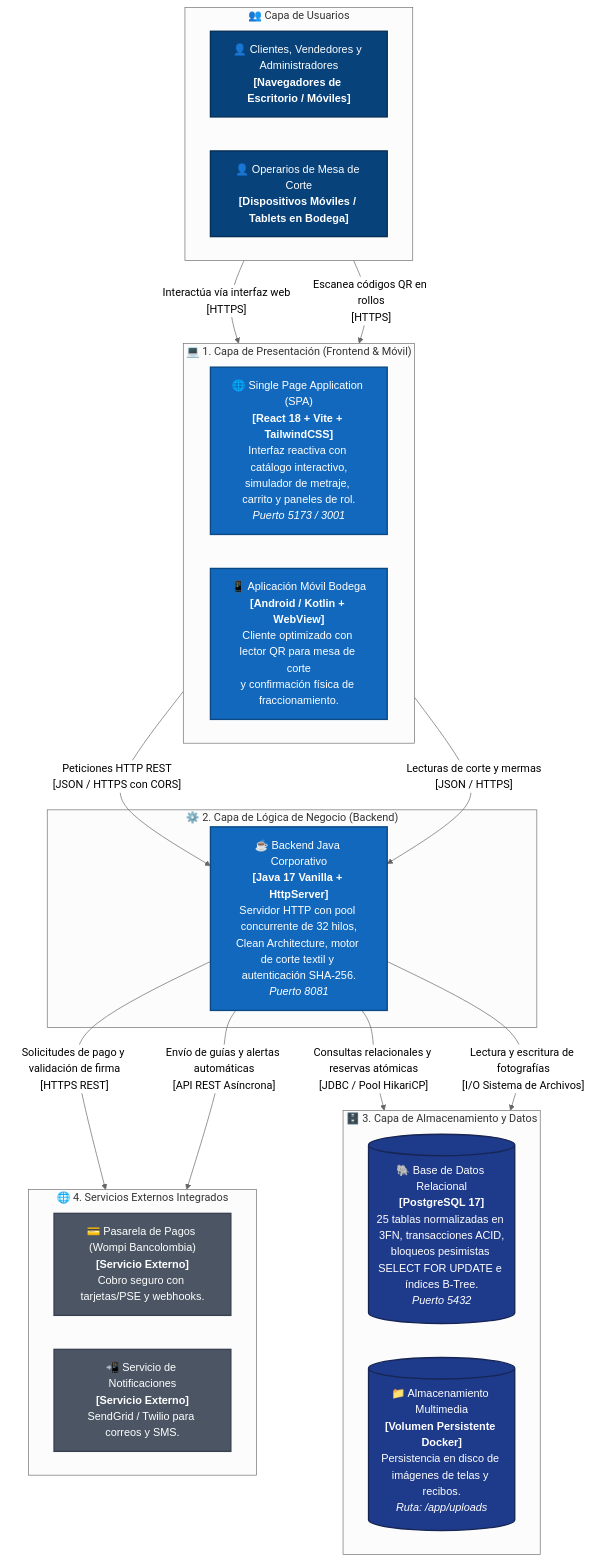
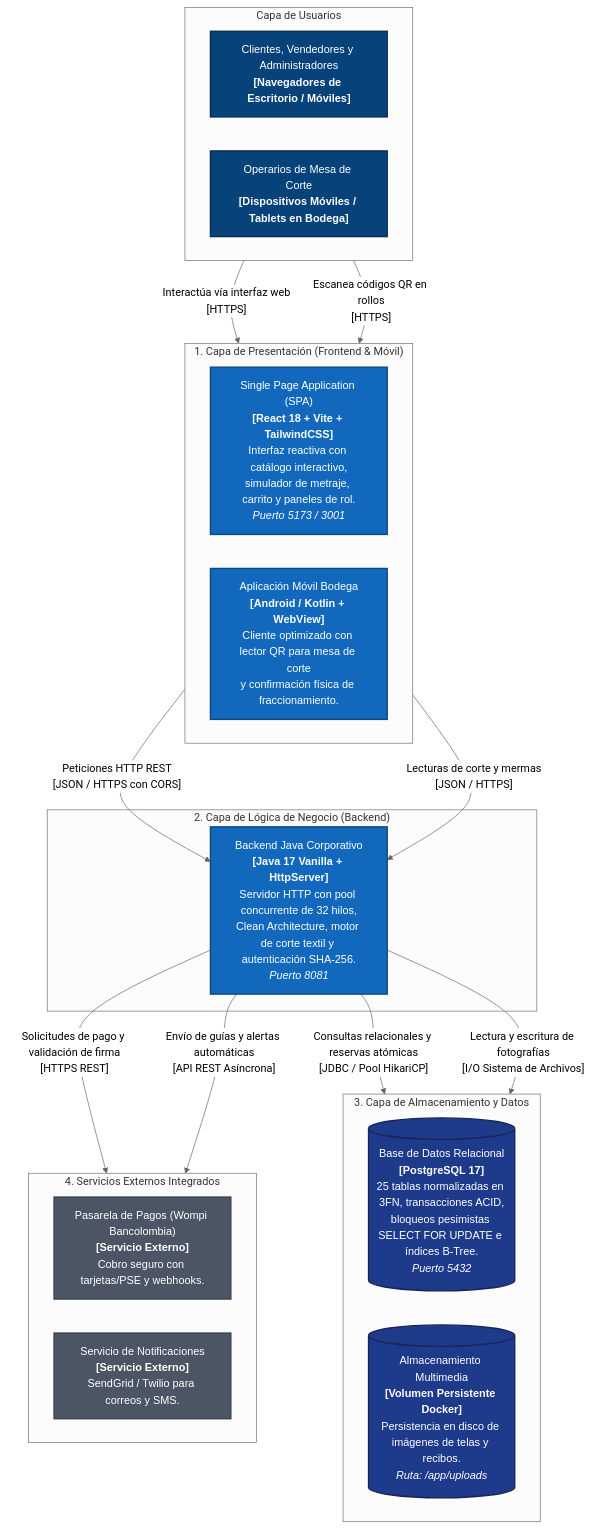
Before and after one commit to DAVIDVLEZ-DEVELOPER/PROYECTO-SENA-TIENDA-TEXTIL: the second of 7 diagrams in documentacion/02-arquitectura-software-c4-y-backend.md, drawn with Mermaid (neutral theme). The commit also changed other lines of this file and 6 other files, not shown here.

Commit message:
docs: eliminar emojis de la documentacion tecnica y diagramas de arquitectura para conformidad con estandares academicos ADSO

````diff
--- a/documentacion/02-arquitectura-software-c4-y-backend.md
+++ b/documentacion/02-arquitectura-software-c4-y-backend.md
@@ -147,47 +147,47 @@
 ```mermaid
 flowchart TD
     classDef actorStyle fill:#08427B,stroke:#052e56,stroke-width:2px,color:#ffffff,font-family:sans-serif;
     classDef containerStyle fill:#1168BD,stroke:#0b4884,stroke-width:2px,color:#ffffff,font-family:sans-serif;
     classDef dbStyle fill:#1e3a8a,stroke:#172554,stroke-width:2px,color:#ffffff,font-family:sans-serif;
     classDef extStyle fill:#4B5563,stroke:#374151,stroke-width:2px,color:#ffffff,font-family:sans-serif;
 
-    subgraph Usuarios ["👥 Capa de Usuarios"]
+    subgraph Usuarios ["Capa de Usuarios"]
         direction LR
-        userWeb["👤 Clientes, Vendedores y Administradores<br/><b>[Navegadores de Escritorio / Móviles]</b>"]:::actorStyle
-        userBodega["👤 Operarios de Mesa de Corte<br/><b>[Dispositivos Móviles / Tablets en Bodega]</b>"]:::actorStyle
+        userWeb["Clientes, Vendedores y Administradores<br/><b>[Navegadores de Escritorio / Móviles]</b>"]:::actorStyle
+        userBodega["Operarios de Mesa de Corte<br/><b>[Dispositivos Móviles / Tablets en Bodega]</b>"]:::actorStyle
     end
 
-    subgraph CapaPresentacion ["💻 1. Capa de Presentación (Frontend & Móvil)"]
+    subgraph CapaPresentacion ["1. Capa de Presentación (Frontend & Móvil)"]
         direction LR
-        frontendWeb["🌐 Single Page Application (SPA)<br/><b>[React 18 + Vite + TailwindCSS]</b><br/>Interfaz reactiva con catálogo interactivo,<br/>simulador de metraje, carrito y paneles de rol.<br/><i>Puerto 5173 / 3001</i>"]:::containerStyle
-        appMovil["📱 Aplicación Móvil Bodega<br/><b>[Android / Kotlin + WebView]</b><br/>Cliente optimizado con lector QR para mesa de corte<br/>y confirmación física de fraccionamiento."]:::containerStyle
+        frontendWeb["Single Page Application (SPA)<br/><b>[React 18 + Vite + TailwindCSS]</b><br/>Interfaz reactiva con catálogo interactivo,<br/>simulador de metraje, carrito y paneles de rol.<br/><i>Puerto 5173 / 3001</i>"]:::containerStyle
+        appMovil["Aplicación Móvil Bodega<br/><b>[Android / Kotlin + WebView]</b><br/>Cliente optimizado con lector QR para mesa de corte<br/>y confirmación física de fraccionamiento."]:::containerStyle
     end
 
-    subgraph CapaLogica ["⚙️ 2. Capa de Lógica de Negocio (Backend)"]
-        backendApi["☕ Backend Java Corporativo<br/><b>[Java 17 Vanilla + HttpServer]</b><br/>Servidor HTTP con pool concurrente de 32 hilos,<br/>Clean Architecture, motor de corte textil y autenticación SHA-256.<br/><i>Puerto 8081</i>"]:::containerStyle
+    subgraph CapaLogica ["2. Capa de Lógica de Negocio (Backend)"]
+        backendApi["Backend Java Corporativo<br/><b>[Java 17 Vanilla + HttpServer]</b><br/>Servidor HTTP con pool concurrente de 32 hilos,<br/>Clean Architecture, motor de corte textil y autenticación SHA-256.<br/><i>Puerto 8081</i>"]:::containerStyle
     end
 
-    subgraph CapaPersistencia ["🗄️ 3. Capa de Almacenamiento y Datos"]
+    subgraph CapaPersistencia ["3. Capa de Almacenamiento y Datos"]
         direction LR
-        postgresDb[("🐘 Base de Datos Relacional<br/><b>[PostgreSQL 17]</b><br/>25 tablas normalizadas en 3FN, transacciones ACID,<br/>bloqueos pesimistas SELECT FOR UPDATE e índices B-Tree.<br/><i>Puerto 5432</i>")]:::dbStyle
-        volumenUploads[("📁 Almacenamiento Multimedia<br/><b>[Volumen Persistente Docker]</b><br/>Persistencia en disco de imágenes de telas y recibos.<br/><i>Ruta: /app/uploads</i>")]:::dbStyle
+        postgresDb[("Base de Datos Relacional<br/><b>[PostgreSQL 17]</b><br/>25 tablas normalizadas en 3FN, transacciones ACID,<br/>bloqueos pesimistas SELECT FOR UPDATE e índices B-Tree.<br/><i>Puerto 5432</i>")]:::dbStyle
+        volumenUploads[("Almacenamiento Multimedia<br/><b>[Volumen Persistente Docker]</b><br/>Persistencia en disco de imágenes de telas y recibos.<br/><i>Ruta: /app/uploads</i>")]:::dbStyle
     end
 
-    subgraph CapaIntegraciones ["🌐 4. Servicios Externos Integrados"]
+    subgraph CapaIntegraciones ["4. Servicios Externos Integrados"]
         direction LR
-        pasarelaWompi["💳 Pasarela de Pagos (Wompi Bancolombia)<br/><b>[Servicio Externo]</b><br/>Cobro seguro con tarjetas/PSE y webhooks."]:::extStyle
-        notificaciones["📲 Servicio de Notificaciones<br/><b>[Servicio Externo]</b><br/>SendGrid / Twilio para correos y SMS."]:::extStyle
+        pasarelaWompi["Pasarela de Pagos (Wompi Bancolombia)<br/><b>[Servicio Externo]</b><br/>Cobro seguro con tarjetas/PSE y webhooks."]:::extStyle
+        notificaciones["Servicio de Notificaciones<br/><b>[Servicio Externo]</b><br/>SendGrid / Twilio para correos y SMS."]:::extStyle
     end
 
     userWeb -->|"Interactúa vía interfaz web<br/>[HTTPS]"| frontendWeb
     userBodega -->|"Escanea códigos QR en rollos<br/>[HTTPS]"| appMovil
 
     frontendWeb -->|"Peticiones HTTP REST<br/>[JSON / HTTPS con CORS]"| backendApi
     appMovil -->|"Lecturas de corte y mermas<br/>[JSON / HTTPS]"| backendApi
 
     backendApi -->|"Consultas relacionales y reservas atómicas<br/>[JDBC / Pool HikariCP]"| postgresDb
     backendApi -->|"Lectura y escritura de fotografías<br/>[I/O Sistema de Archivos]"| volumenUploads
 
     backendApi -->|"Solicitudes de pago y validación de firma<br/>[HTTPS REST]"| pasarelaWompi
     backendApi -->|"Envío de guías y alertas automáticas<br/>[API REST Asíncrona]"| notificaciones
 ```
````
